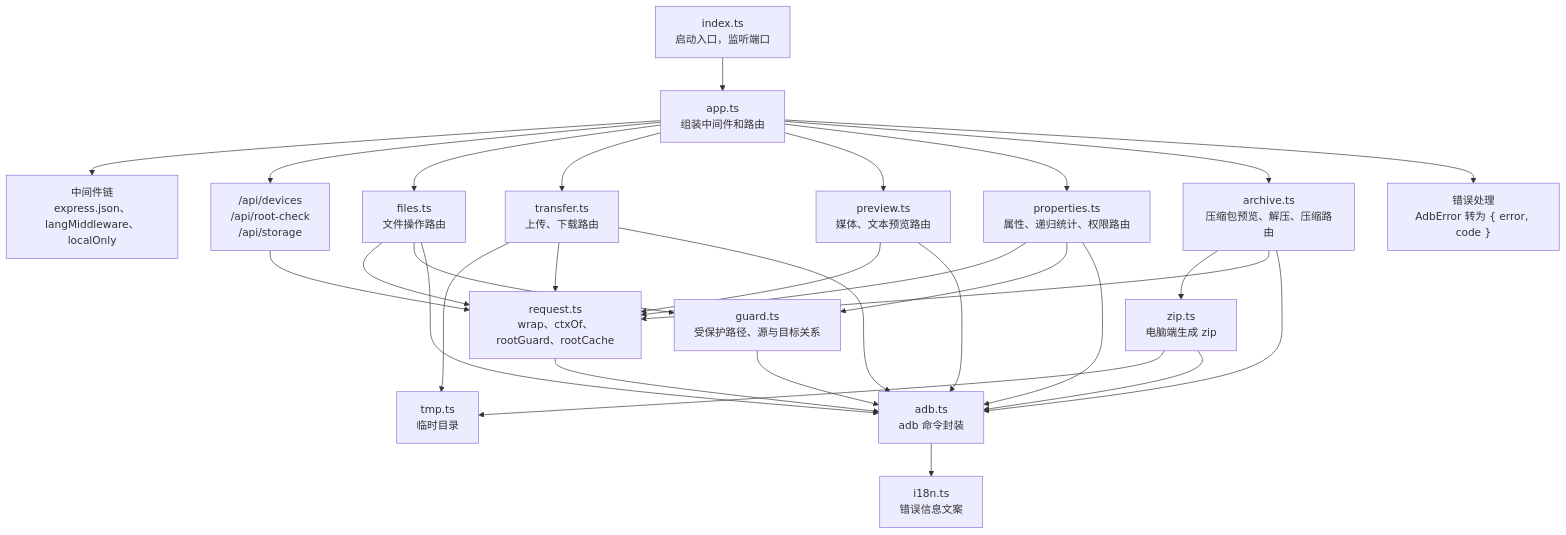
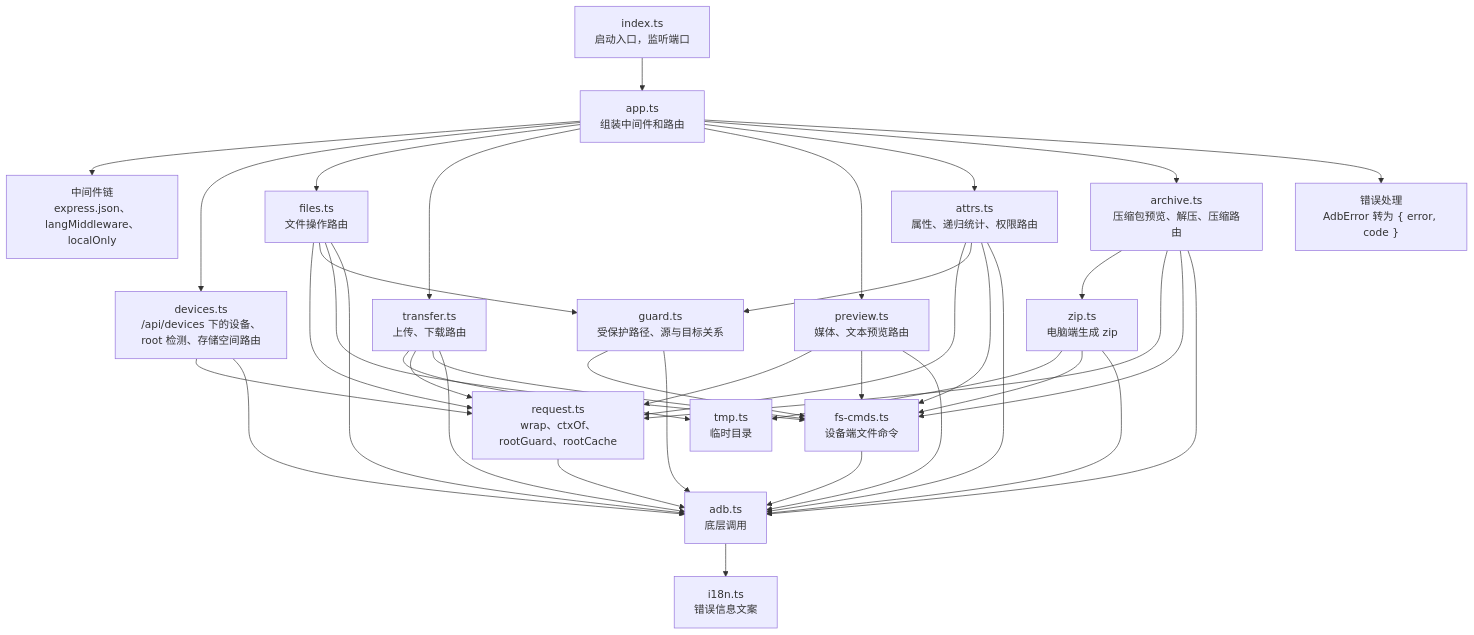
Before and after one commit to wynnyu/adb-file-manager: the third of 12 diagrams in docs/architecture.md, drawn with Mermaid. The commit also changed other lines of this file and 18 other files, not shown here.

Commit message:
Namespace API routes under /api/files and /api/devices

````diff
--- a/docs/architecture.md
+++ b/docs/architecture.md
@@ -65,18 +65,19 @@
 ```mermaid
 flowchart TB
   index["index.ts<br/>启动入口，监听端口"] --> app["app.ts<br/>组装中间件和路由"]
   app --> mw["中间件链<br/>express.json、langMiddleware、localOnly"]
-  app --> devRoutes["/api/devices<br/>/api/root-check<br/>/api/storage"]
+  app --> devices["devices.ts<br/>/api/devices 下的设备、root 检测、存储空间路由"]
   app --> files["files.ts<br/>文件操作路由"]
   app --> transfer["transfer.ts<br/>上传、下载路由"]
   app --> preview["preview.ts<br/>媒体、文本预览路由"]
-  app --> properties["properties.ts<br/>属性、递归统计、权限路由"]
+  app --> attrs["attrs.ts<br/>属性、递归统计、权限路由"]
   app --> archive["archive.ts<br/>压缩包预览、解压、压缩路由"]
   archive --> zip["zip.ts<br/>电脑端生成 zip"]
   zip & transfer --> tmp["tmp.ts<br/>临时目录"]
   app --> errh["错误处理<br/>AdbError 转为 { error, code }"]
-  files & transfer & preview & properties & archive & devRoutes --> request["request.ts<br/>wrap、ctxOf、rootGuard、rootCache"]
-  files & properties --> guard["guard.ts<br/>受保护路径、源与目标关系"]
-  request & guard & files & transfer & preview & properties & archive & zip --> adb["adb.ts<br/>adb 命令封装"]
+  files & transfer & preview & attrs & archive & devices --> request["request.ts<br/>wrap、ctxOf、rootGuard、rootCache"]
+  files & attrs --> guard["guard.ts<br/>受保护路径、源与目标关系"]
+  files & transfer & preview & attrs & archive & zip & guard --> fscmds["fs-cmds.ts<br/>设备端文件命令"]
+  fscmds & devices & request & guard & files & transfer & preview & attrs & archive & zip --> adb["adb.ts<br/>底层调用"]
   adb --> i18n["i18n.ts<br/>错误信息文案"]
 ```
````
